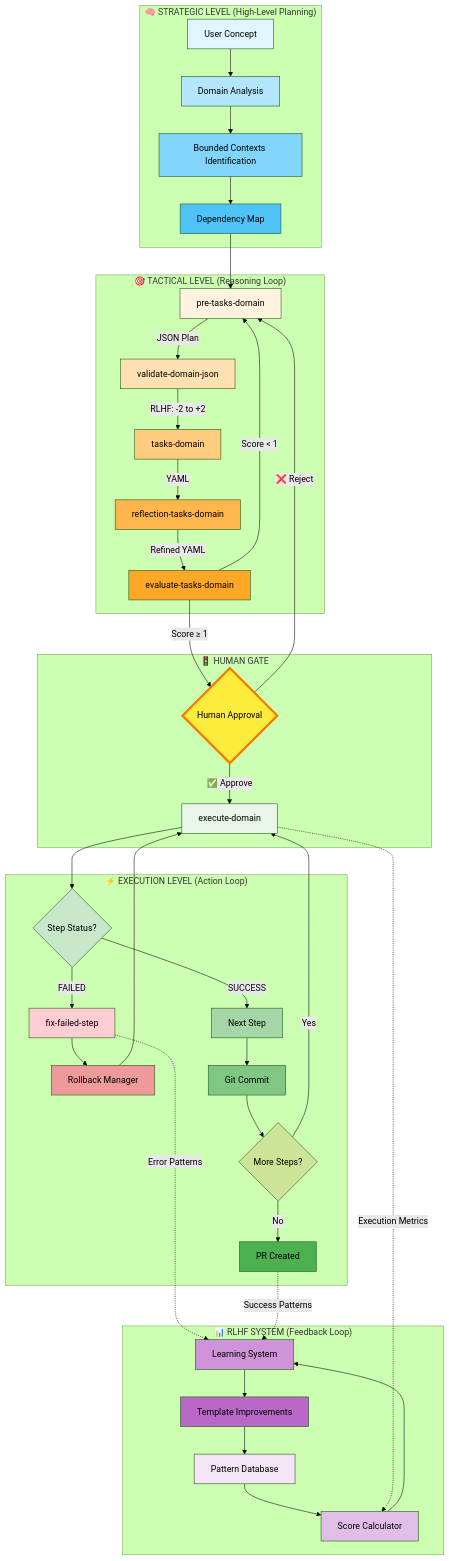
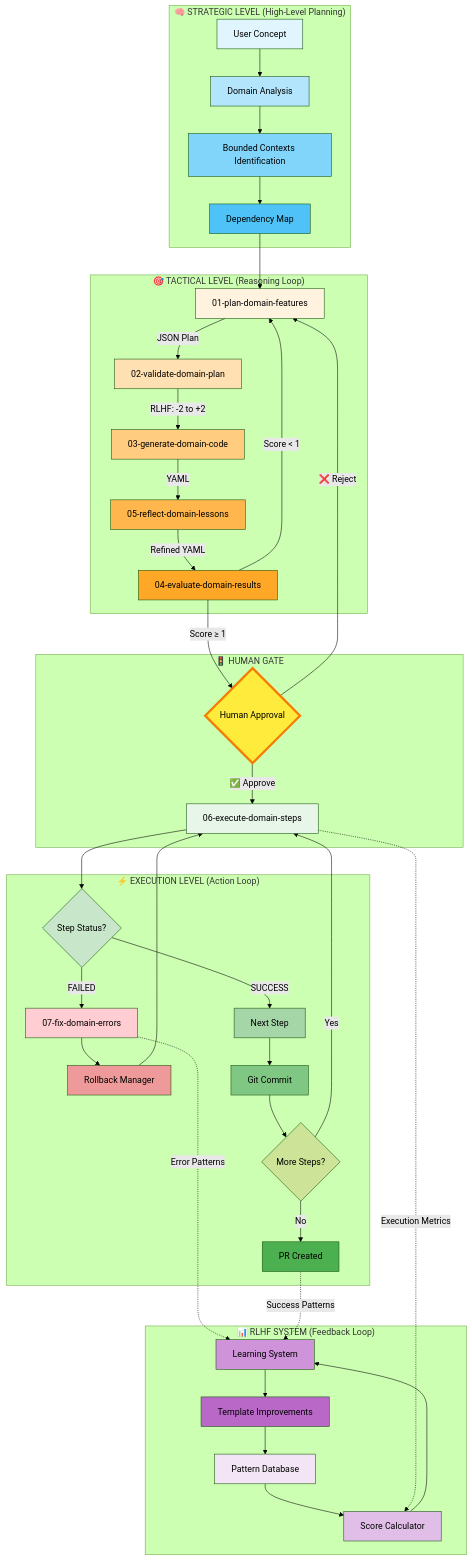
Before and after one commit to thiagobutignon/spec-kit-clean-archicteture: the second of 2 diagrams in README.md, drawn with Mermaid (forest theme). The commit also changed other lines of this file and 13 other files, not shown here.

````diff
--- a/README.md
+++ b/README.md
@@ -402,74 +402,74 @@
 ```mermaid
 graph TB
     subgraph "🧠 STRATEGIC LEVEL (High-Level Planning)"
         A[User Concept] --> B[Domain Analysis]
         B --> C[Bounded Contexts Identification]
         C --> D[Dependency Map]
 
         style A fill:#e1f5fe
         style B fill:#b3e5fc
         style C fill:#81d4fa
         style D fill:#4fc3f7
     end
 
     subgraph "🎯 TACTICAL LEVEL (Reasoning Loop)"
-        D --> E[pre-tasks-domain]
-        E -->|JSON Plan| F[validate-domain-json]
-        F -->|RLHF: -2 to +2| G[tasks-domain]
-        G -->|YAML| H[reflection-tasks-domain]
-        H -->|Refined YAML| I[evaluate-tasks-domain]
+        D --> E[01-plan-domain-features]
+        E -->|JSON Plan| F[02-validate-domain-plan]
+        F -->|RLHF: -2 to +2| G[03-generate-domain-code]
+        G -->|YAML| H[05-reflect-domain-lessons]
+        H -->|Refined YAML| I[04-evaluate-domain-results]
 
         I -->|Score < 1| E
 
         style E fill:#fff3e0
         style F fill:#ffe0b2
         style G fill:#ffcc80
         style H fill:#ffb74d
         style I fill:#ffa726
     end
 
     subgraph "🚦 HUMAN GATE"
         I -->|Score ≥ 1| J{Human Approval}
         J -->|❌ Reject| E
         J -->|✅ Approve| K
 
         style J fill:#ffeb3b,stroke:#f57c00,stroke-width:4px
     end
 
     subgraph "⚡ EXECUTION LEVEL (Action Loop)"
-        K[execute-domain] --> L{Step Status?}
+        K[06-execute-domain-steps] --> L{Step Status?}
         L -->|SUCCESS| M[Next Step]
-        L -->|FAILED| N[fix-failed-step]
+        L -->|FAILED| N[07-fix-domain-errors]
         N --> O[Rollback Manager]
         O --> K
         M --> P[Git Commit]
 
         P --> Q{More Steps?}
         Q -->|Yes| K
         Q -->|No| R[PR Created]
 
         style K fill:#e8f5e9
         style L fill:#c8e6c9
         style M fill:#a5d6a7
         style N fill:#ffcdd2
         style O fill:#ef9a9a
         style P fill:#81c784
         style R fill:#4caf50
     end
 
     subgraph "📊 RLHF SYSTEM (Feedback Loop)"
         S[Pattern Database] --> T[Score Calculator]
         T --> U[Learning System]
         U --> V[Template Improvements]
         V --> S
 
         K -.->|Execution Metrics| T
         N -.->|Error Patterns| U
         R -.->|Success Patterns| U
 
         style S fill:#f3e5f5
         style T fill:#e1bee7
         style U fill:#ce93d8
         style V fill:#ba68c8
     end
 ```
````
